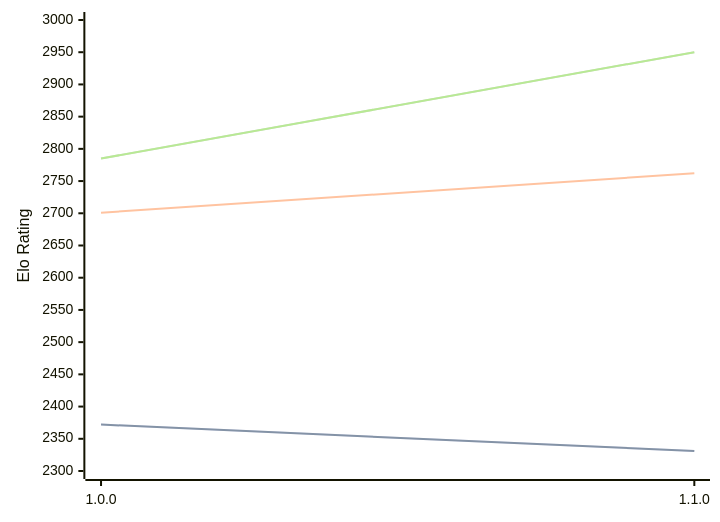
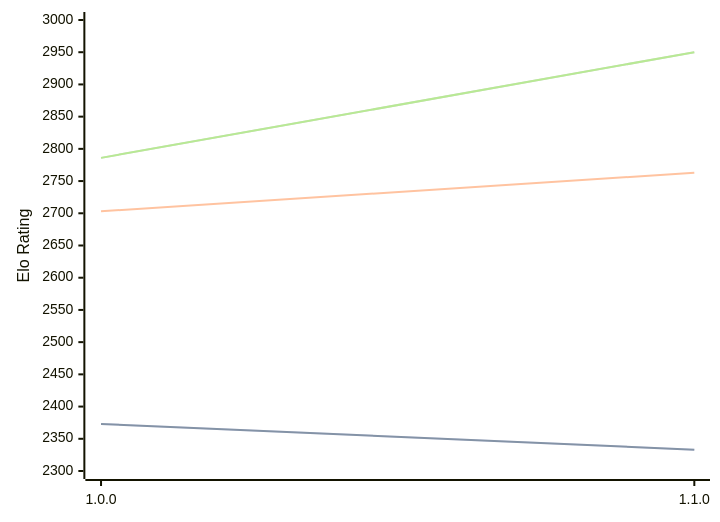
The diagram in engines/ShallowGuess.md (computer-chess-index/cci), drawn with Mermaid before and after one commit. The commit also changed other lines of this file, not shown here.

Commit message:
Update CCI Ratings (ELO VLTC) - 2026-05-01

````diff
--- a/engines/ShallowGuess.md
+++ b/engines/ShallowGuess.md
@@ -36,11 +36,11 @@
 ```mermaid
 %%{init: {"theme":"base","themeVariables":{"seriesColors:['#a3a3a3','#222221','#faa371']}}}%%
 xychart-beta
   x-axis ["1.0.0", "1.1.0"]
   y-axis "Elo Rating" 2300 --> 3000
-  line "STC (8.0+0.08s)" [2372, 2331]
-  line "STC (8.0+0.08s)" [2372, 2331]
-  line "LTC (60.0+0.60s)" [2701, 2762]
-  line "VLTC (2m24s+1.12s)" [2785, 2950]
-  line "VLTC (2m24s+1.12s)" [2785, 2950]
+  line "STC (8.0+0.08s)" [2373, 2333]
+  line "STC (8.0+0.08s)" [2373, 2333]
+  line "LTC (60.0+0.60s)" [2703, 2763]
+  line "VLTC (2m24s+1.12s)" [2786, 2950]
+  line "VLTC (2m24s+1.12s)" [2786, 2950]
 ```
````
